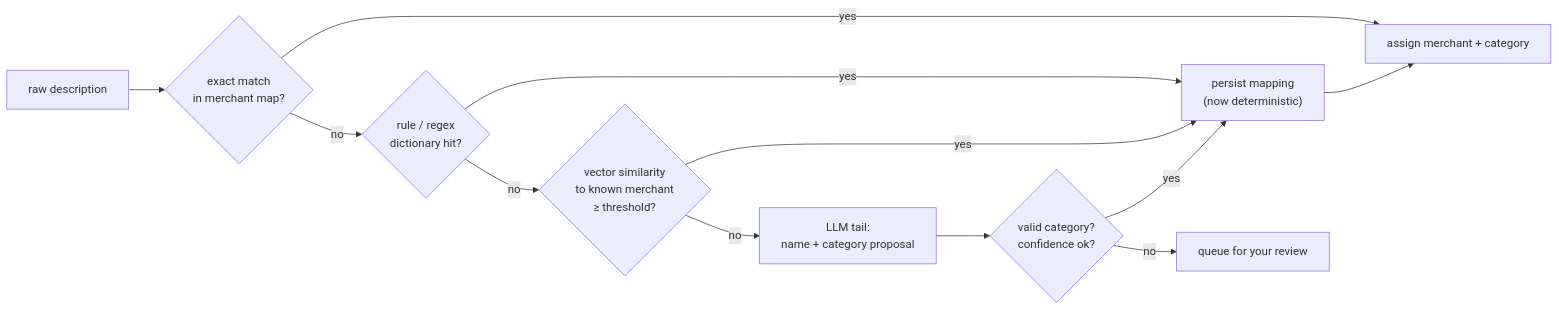
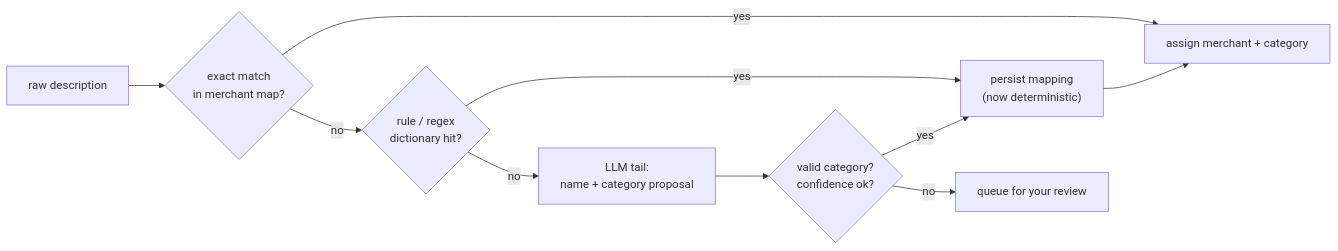
One commit to Shady-C/ledger changed the fourth of 5 diagrams in docs/ARCHITECTURE.md. Above: the diagram before and after it, drawn with Mermaid. The commit also changed other lines of this file and 10 other files, not shown here.

````diff
--- a/docs/ARCHITECTURE.md
+++ b/docs/ARCHITECTURE.md
@@ -289,14 +373,12 @@
 ```mermaid
 flowchart LR
     raw["raw description"] --> A{exact match<br/>in merchant map?}
     A -- yes --> done["assign merchant + category"]
     A -- no --> B{rule / regex<br/>dictionary hit?}
     B -- yes --> learn
-    B -- no --> C{vector similarity<br/>to known merchant<br/>≥ threshold?}
-    C -- yes --> learn
-    C -- no --> D["LLM tail:<br/>name + category proposal"]
+    B -- no --> D["LLM tail:<br/>name + category proposal"]
     D --> validate{valid category?<br/>confidence ok?}
     validate -- yes --> learn["persist mapping<br/>(now deterministic)"]
     validate -- no --> review["queue for your review"]
     learn --> done
 ```
````
